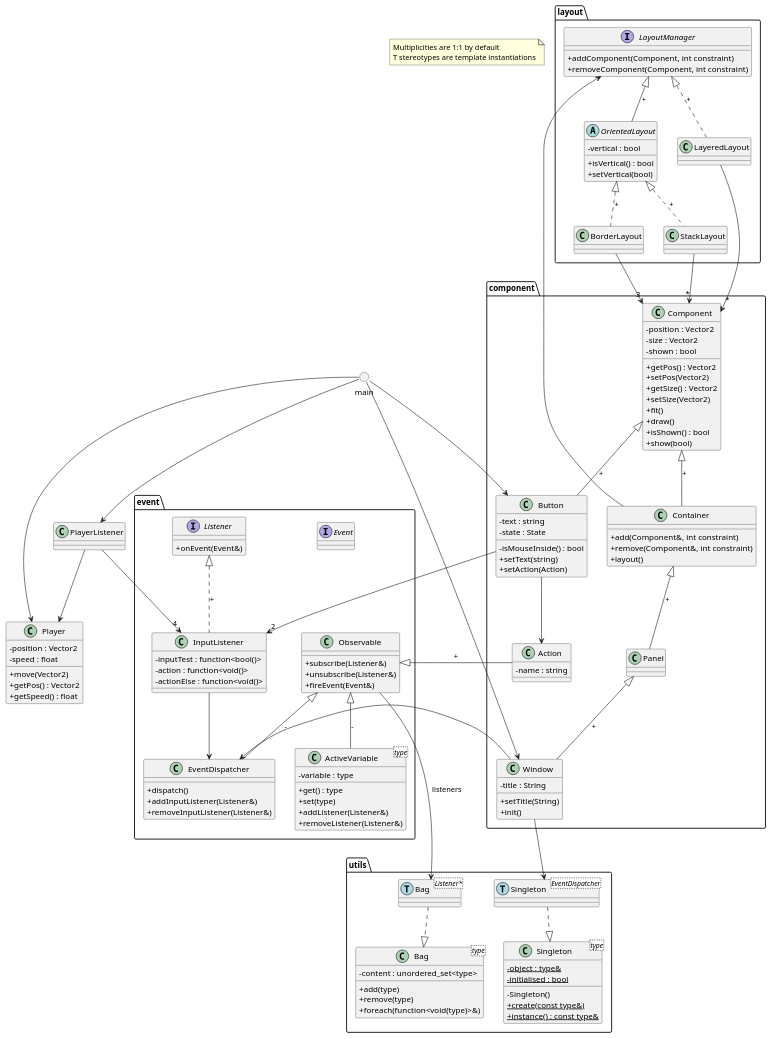
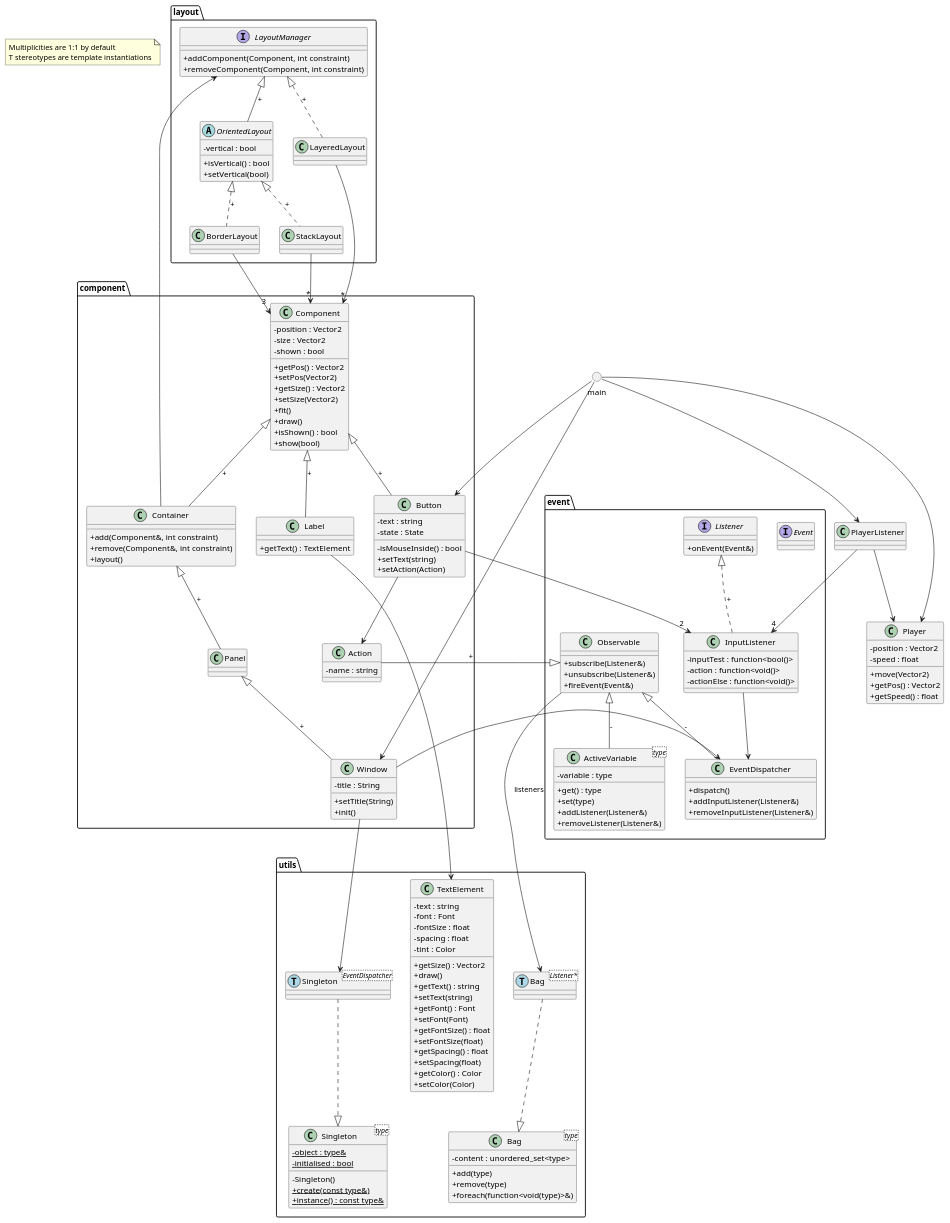
Before and after one commit to julesdupuis/CPP-UI-toolkit: the diagram in project.puml, drawn with PlantUML. The commit also changed 10 other files, not shown here.

Commit message:
added Label to display text on screen, added TextElement to contain text informations, added FrameListener to do per-frame updates

```diff
--- a/project.puml
+++ b/project.puml
@@ -1,171 +1,197 @@
 @startuml project
 
 skinparam classAttributeIconSize 0
 
 note as mainNote
     Multiplicities are 1:1 by default
     T stereotypes are template instantiations
 end note
 
 () main
 class Player{
     -position : Vector2
     -speed : float
     +move(Vector2)
     +getPos() : Vector2
     +getSpeed() : float
 }
 class PlayerListener{
 
 }
 
 main --> Player
 main --> PlayerListener
 
 package utils{
     class Bag<type>{
         -content : unordered_set<type>
         +add(type)
         +remove(type)
         +foreach(function<void(type)>&)
     }
     class "Bag<Listener*>" as BagListener <<(T,LightBlue)>>
 
     class Singleton<type>{
         {static} -object : type&
         {static} -initialised : bool
         -Singleton()
         {static} +create(const type&)
         {static} +instance() : const type&
     }
     class "Singleton<EventDispatcher>" as SingletonEventDispatcher <<(T,LightBlue)>>
+
+    class TextElement{
+        -text : string
+        -font : Font
+        -fontSize : float
+        -spacing : float
+        -tint : Color
+        +getSize() : Vector2
+        +draw()
+        +getText() : string
+        +setText(string)
+        +getFont() : Font
+        +setFont(Font)
+        +getFontSize() : float
+        +setFontSize(float)
+        +getSpacing() : float
+        +setSpacing(float)
+        +getColor() : Color
+        +setColor(Color)
+    }
 }
 
 BagListener ..|> Bag
 SingletonEventDispatcher ..|> Singleton
 
 package event{
     interface Event
     interface Listener{
         +onEvent(Event&)
     }
     class Observable{
         +subscribe(Listener&)
         +unsubscribe(Listener&)
         +fireEvent(Event&)
     }
     class InputListener{
         {field} -inputTest : function<bool()>
         {field} -action : function<void()>
         {field} -actionElse : function<void()>
     }
     class EventDispatcher{
         +dispatch()
         +addInputListener(Listener&)
         +removeInputListener(Listener&)
     }
     class ActiveVariable<type>{
         -variable : type
         +get() : type
         +set(type)
         +addListener(Listener&)
         +removeListener(Listener&)
     }
 }
 
 Listener <|.. InputListener : +
 Observable <|-- EventDispatcher : -
 Observable <|-- ActiveVariable : -
 Observable --> BagListener : listeners
 
 InputListener --> EventDispatcher
 
 package component{
     class Component{
         -position : Vector2
         -size : Vector2
         -shown : bool
         +getPos() : Vector2
         +setPos(Vector2)
         +getSize() : Vector2
         +setSize(Vector2)
         +fit()
         +draw()
         +isShown() : bool
         +show(bool)
     }
     class Button{
         -text : string
         -state : State
         -isMouseInside() : bool
         +setText(string)
         +setAction(Action)
     }
     class Action{
         -name : string
     }
     class Container{
         +add(Component&, int constraint)
         +remove(Component&, int constraint)
         +layout()
     }
     class Panel{
 
     }
     class Window{
         -title : String
         +setTitle(String)
         +init()
     }
+    class Label{
+        +getText() : TextElement
+    }
 }
 
 Component <|-- Button : +
 Observable <|-- Action : +
 Component <|-- Container : +
 Container <|-- Panel : +
 Panel <|-- Window : +
+Component <|-- Label : +
 
 Button --> Action
 Button --> "2" InputListener
 
 Window --> EventDispatcher
 Window --> SingletonEventDispatcher
+
+Label --> TextElement
 
 package layout{
     interface LayoutManager{
         +addComponent(Component, int constraint)
         +removeComponent(Component, int constraint)
     }
     abstract class OrientedLayout{
         -vertical : bool
         +isVertical() : bool
         +setVertical(bool)
     }
     class BorderLayout{
 
     }
     class StackLayout{
 
     }
     class LayeredLayout{
 
     }
 }
 
 LayoutManager <|-- OrientedLayout : +
 OrientedLayout <|.. BorderLayout : +
 OrientedLayout <|.. StackLayout : +
 LayoutManager <|.. LayeredLayout : +
 
 Container --> LayoutManager
 BorderLayout --> "3" Component
 StackLayout --> "*" Component
 LayeredLayout --> "*" Component
 
 PlayerListener --> "4" InputListener
 PlayerListener --> Player
 
 main --> Window
 main --> Button
 
 @enduml
```
